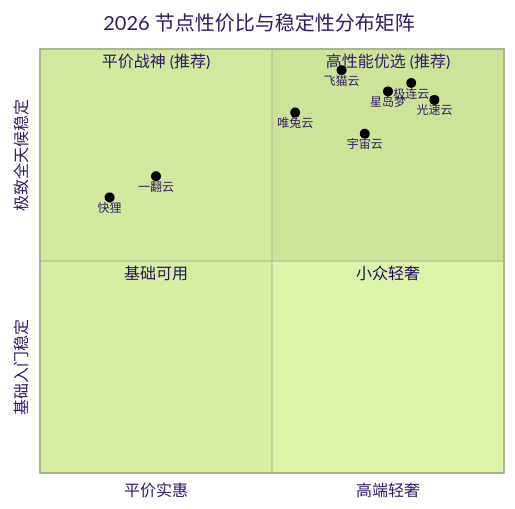
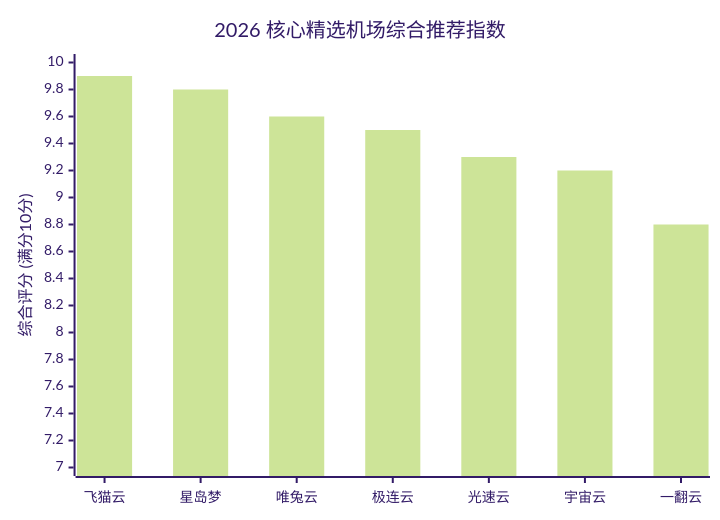
The first of 2 diagrams in README.md (Siew0909/2026-jichang-tuijian), drawn with Mermaid (forest theme) before and after one commit. The commit also changed other lines of this file, not shown here.

Commit message:
docs: Change quadrant chart to bar chart for better readability

````diff
--- a/README.md
+++ b/README.md
@@ -50,18 +50,7 @@
 ```mermaid
-quadrantChart
-    title 2026 节点性价比与稳定性分布矩阵
-    x-axis "平价实惠" --> "高端轻奢"
-    y-axis "基础入门稳定" --> "极致全天候稳定"
-    quadrant-1 "高性能优选 (推荐)"
-    quadrant-2 "平价战神 (推荐)"
-    quadrant-3 "基础可用"
-    quadrant-4 "小众轻奢"
-    "飞猫云": [0.65, 0.95]
-    "星岛梦": [0.75, 0.90]
-    "唯兔云": [0.55, 0.85]
-    "光速云": [0.85, 0.88]
-    "一翻云": [0.25, 0.70]
-    "极连云": [0.80, 0.92]
-    "快狸": [0.15, 0.65]
-    "宇宙云": [0.70, 0.80]
+xychart-beta
+    title "2026 核心精选机场综合推荐指数"
+    x-axis ["飞猫云", "星岛梦", "唯兔云", "极连云", "光速云", "宇宙云", "一翻云"]
+    y-axis "综合评分 (满分10分)" 7.0 --> 10.0
+    bar [9.9, 9.8, 9.6, 9.5, 9.3, 9.2, 8.8]
 ```
````
